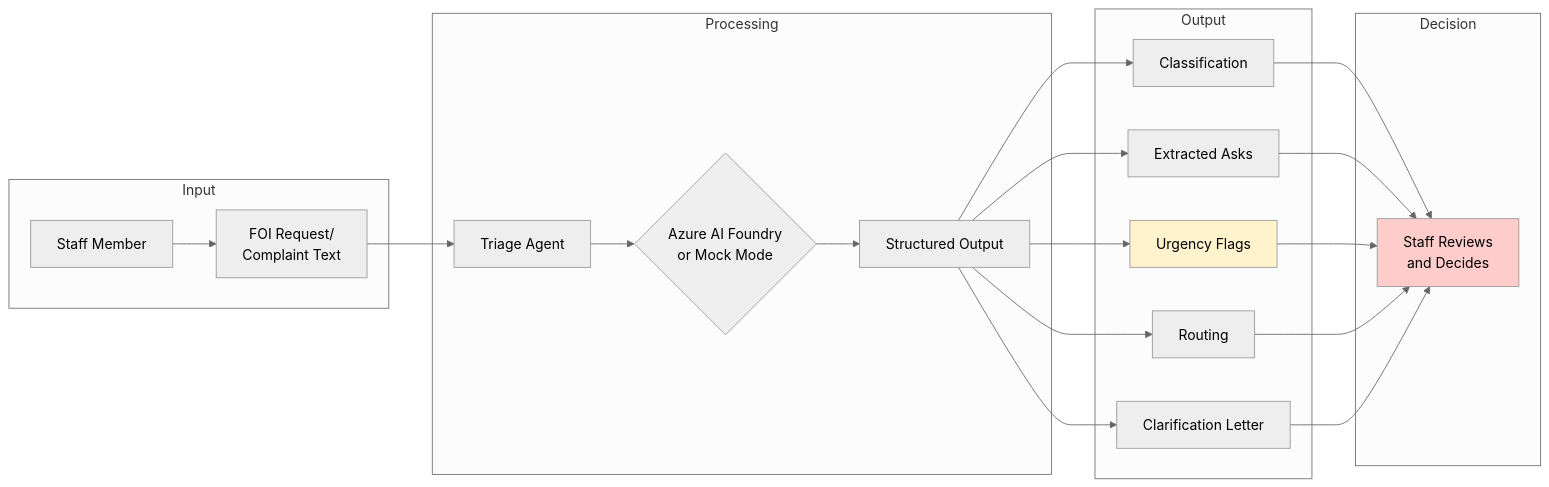
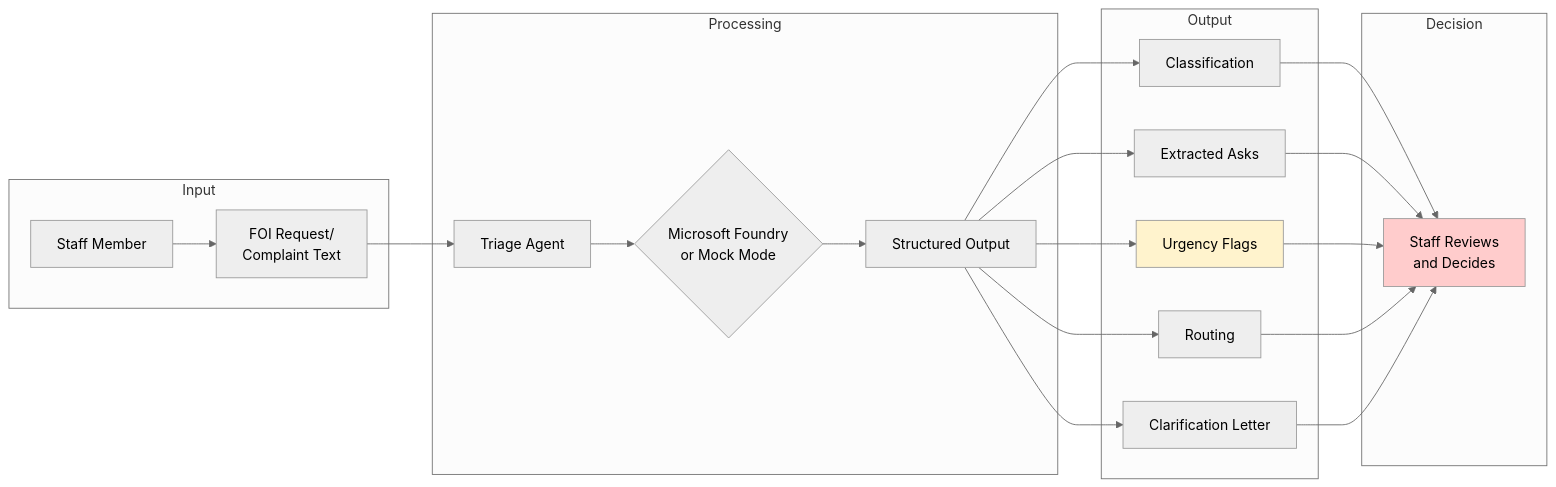
One commit to rahul-bachina/copilot-agent-experiments changed the diagram in experiments/01-foi-complaint-triage/README.md. Above: the diagram before and after it, drawn with Mermaid (neutral theme). The commit also changed other lines of this file and 15 other files, not shown here.

First line of the commit message:
Add agent permissions manifest, schema and CI validation for Experiment 01 (#3)

````diff
--- a/experiments/01-foi-complaint-triage/README.md
+++ b/experiments/01-foi-complaint-triage/README.md
@@ -41,31 +41,31 @@
 ```mermaid
 flowchart LR
     subgraph Input
         A[Staff Member] --> B[FOI Request/<br>Complaint Text]
     end
     
     subgraph Processing
         B --> C[Triage Agent]
-        C --> D{Azure AI Foundry<br>or Mock Mode}
+        C --> D{Microsoft Foundry<br>or Mock Mode}
         D --> E[Structured Output]
     end
     
     subgraph Output
         E --> F[Classification]
         E --> G[Extracted Asks]
         E --> H[Urgency Flags]
         E --> I[Routing]
         E --> J[Clarification Letter]
     end
     
     subgraph Decision
         F --> K[Staff Reviews<br>and Decides]
         G --> K
         H --> K
         I --> K
         J --> K
     end
     
     style K fill:#ffcccc
     style H fill:#fff3cd
 ```
````
